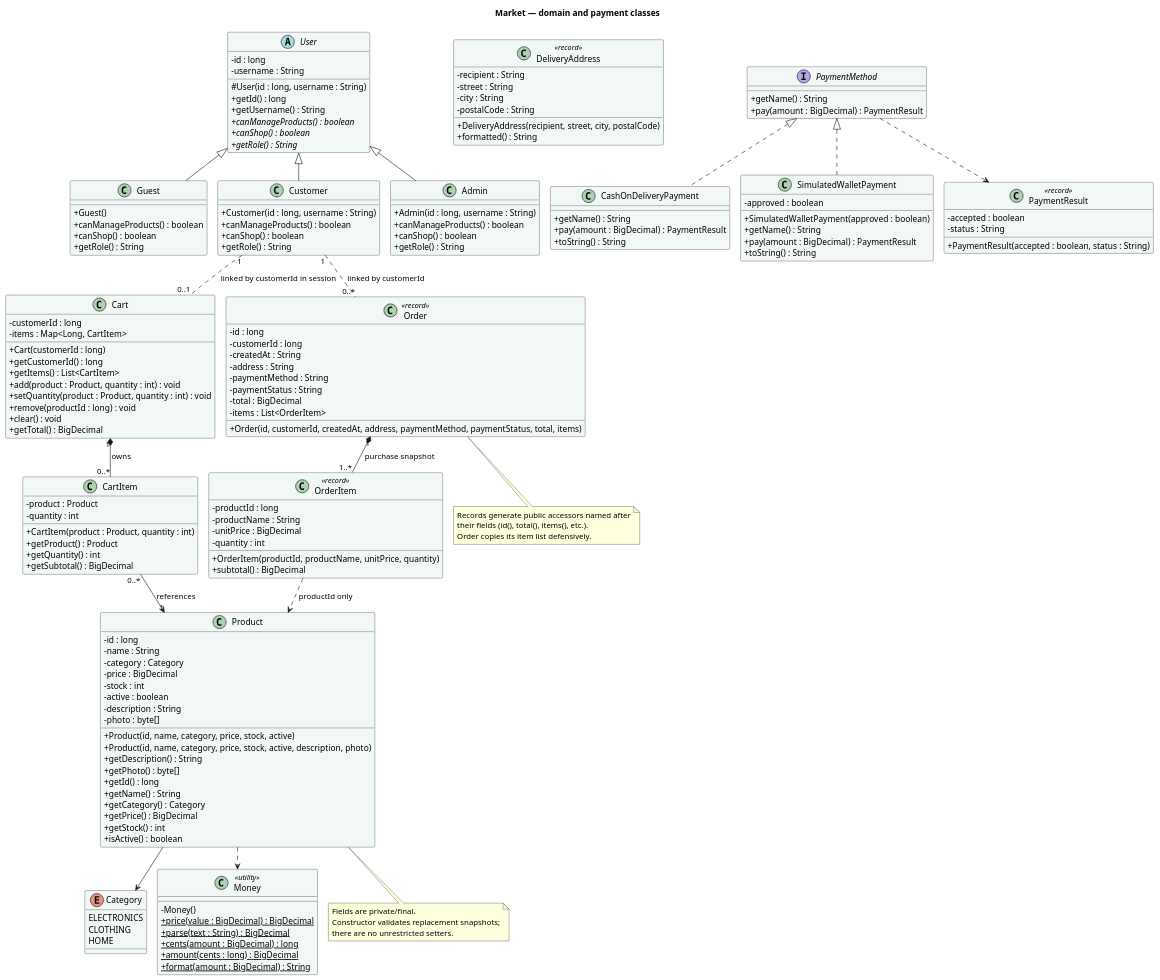
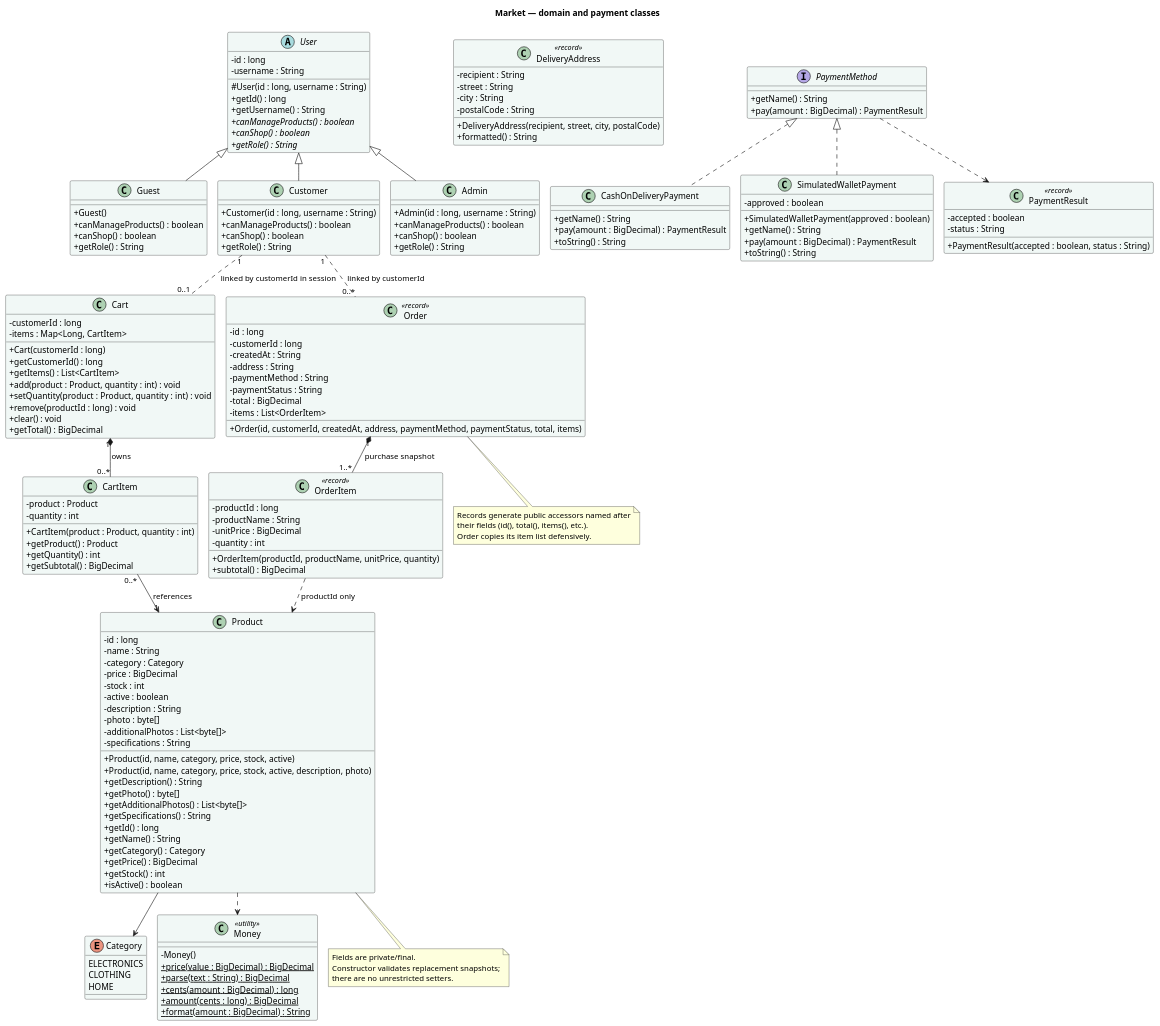
The first of 2 diagrams in docs/classes.puml (markreeveconsul/E-commerce-Project), drawn with PlantUML before and after one commit. The commit also changed other lines of this file and 27 other files, not shown here.

```diff
--- a/docs/classes.puml
+++ b/docs/classes.puml
@@ -1,161 +1,165 @@
 @startuml domain
 !pragma layout smetana
 skinparam classAttributeIconSize 0
 skinparam shadowing false
 skinparam backgroundColor #FFFFFF
 skinparam classBackgroundColor #F1F8F6
 title Market — domain and payment classes
 abstract class User {
   -id : long
   -username : String
   #User(id : long, username : String)
   +getId() : long
   +getUsername() : String
   {abstract} +canManageProducts() : boolean
   {abstract} +canShop() : boolean
   {abstract} +getRole() : String
 }
 class Guest {
   +Guest()
   +canManageProducts() : boolean
   +canShop() : boolean
   +getRole() : String
 }
 class DeliveryAddress <<record>> {
   -recipient : String
   -street : String
   -city : String
   -postalCode : String
   +DeliveryAddress(recipient, street, city, postalCode)
   +formatted() : String
 }
 class Customer {
   +Customer(id : long, username : String)
   +canManageProducts() : boolean
   +canShop() : boolean
   +getRole() : String
 }
 class Admin {
   +Admin(id : long, username : String)
   +canManageProducts() : boolean
   +canShop() : boolean
   +getRole() : String
 }
 enum Category {
   ELECTRONICS
   CLOTHING
   HOME
 }
 class Product {
   -id : long
   -name : String
   -category : Category
   -price : BigDecimal
   -stock : int
   -active : boolean
   -description : String
   -photo : byte[]
+  -additionalPhotos : List<byte[]>
+  -specifications : String
   +Product(id, name, category, price, stock, active)
   +Product(id, name, category, price, stock, active, description, photo)
   +getDescription() : String
   +getPhoto() : byte[]
+  +getAdditionalPhotos() : List<byte[]>
+  +getSpecifications() : String
   +getId() : long
   +getName() : String
   +getCategory() : Category
   +getPrice() : BigDecimal
   +getStock() : int
   +isActive() : boolean
 }
 class Cart {
   -customerId : long
   -items : Map<Long, CartItem>
   +Cart(customerId : long)
   +getCustomerId() : long
   +getItems() : List<CartItem>
   +add(product : Product, quantity : int) : void
   +setQuantity(product : Product, quantity : int) : void
   +remove(productId : long) : void
   +clear() : void
   +getTotal() : BigDecimal
 }
 class CartItem {
   -product : Product
   -quantity : int
   +CartItem(product : Product, quantity : int)
   +getProduct() : Product
   +getQuantity() : int
   +getSubtotal() : BigDecimal
 }
 class Order <<record>> {
   -id : long
   -customerId : long
   -createdAt : String
   -address : String
   -paymentMethod : String
   -paymentStatus : String
   -total : BigDecimal
   -items : List<OrderItem>
   +Order(id, customerId, createdAt, address, paymentMethod, paymentStatus, total, items)
 }
 class OrderItem <<record>> {
   -productId : long
   -productName : String
   -unitPrice : BigDecimal
   -quantity : int
   +OrderItem(productId, productName, unitPrice, quantity)
   +subtotal() : BigDecimal
 }
 class Money <<utility>> {
   -Money()
   {static} +price(value : BigDecimal) : BigDecimal
   {static} +parse(text : String) : BigDecimal
   {static} +cents(amount : BigDecimal) : long
   {static} +amount(cents : long) : BigDecimal
   {static} +format(amount : BigDecimal) : String
 }
 interface PaymentMethod {
   +getName() : String
   +pay(amount : BigDecimal) : PaymentResult
 }
 class CashOnDeliveryPayment {
   +getName() : String
   +pay(amount : BigDecimal) : PaymentResult
   +toString() : String
 }
 class SimulatedWalletPayment {
   -approved : boolean
   +SimulatedWalletPayment(approved : boolean)
   +getName() : String
   +pay(amount : BigDecimal) : PaymentResult
   +toString() : String
 }
 class PaymentResult <<record>> {
   -accepted : boolean
   -status : String
   +PaymentResult(accepted : boolean, status : String)
 }
 User <|-- Guest
 User <|-- Customer
 User <|-- Admin
 Cart "1" *-- "0..*" CartItem : owns
 CartItem "0..*" --> "1" Product : references
 Order "1" *-- "1..*" OrderItem : purchase snapshot
 Product --> Category
 Product ..> Money
 PaymentMethod <|.. CashOnDeliveryPayment
 PaymentMethod <|.. SimulatedWalletPayment
 PaymentMethod ..> PaymentResult
 Customer "1" .. "0..*" Order : linked by customerId
 Customer "1" .. "0..1" Cart : linked by customerId in session
 OrderItem ..> Product : productId only
 note bottom of Order
 Records generate public accessors named after
 their fields (id(), total(), items(), etc.).
 Order copies its item list defensively.
 end note
 note bottom of Product
 Fields are private/final.
 Constructor validates replacement snapshots;
 there are no unrestricted setters.
 end note
 @enduml
```
